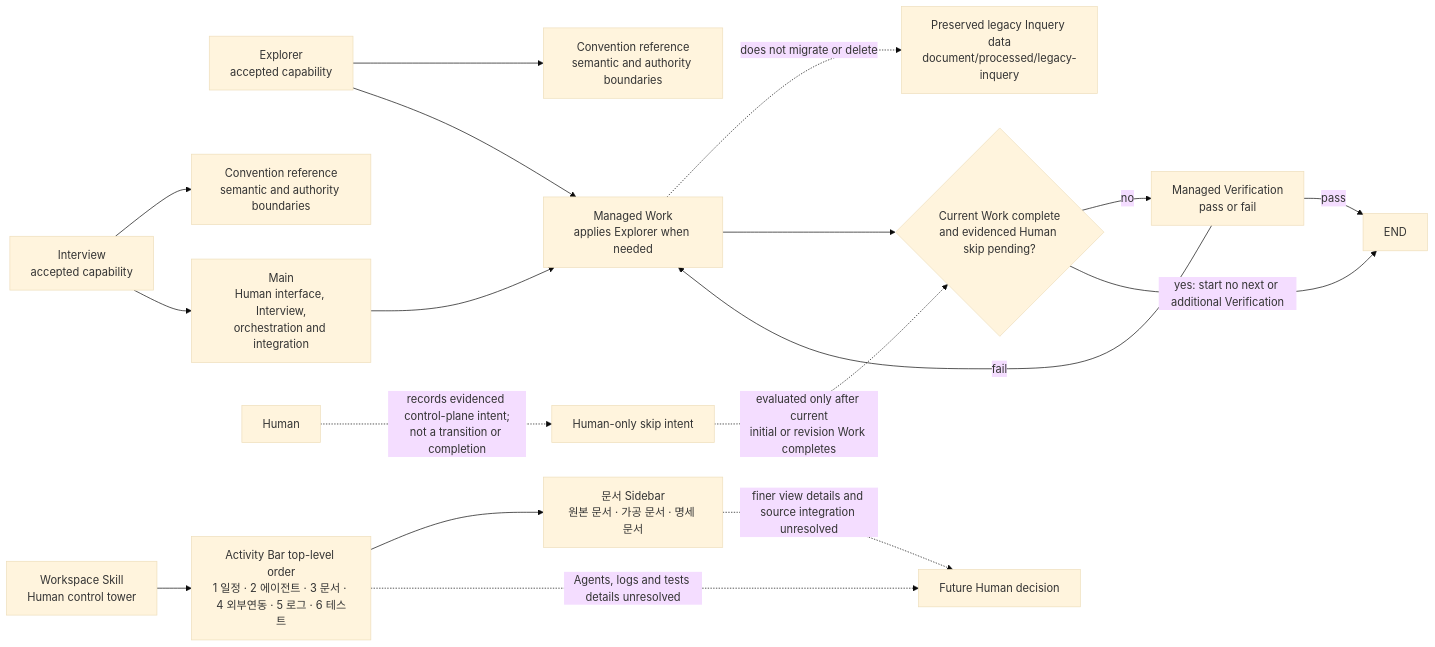
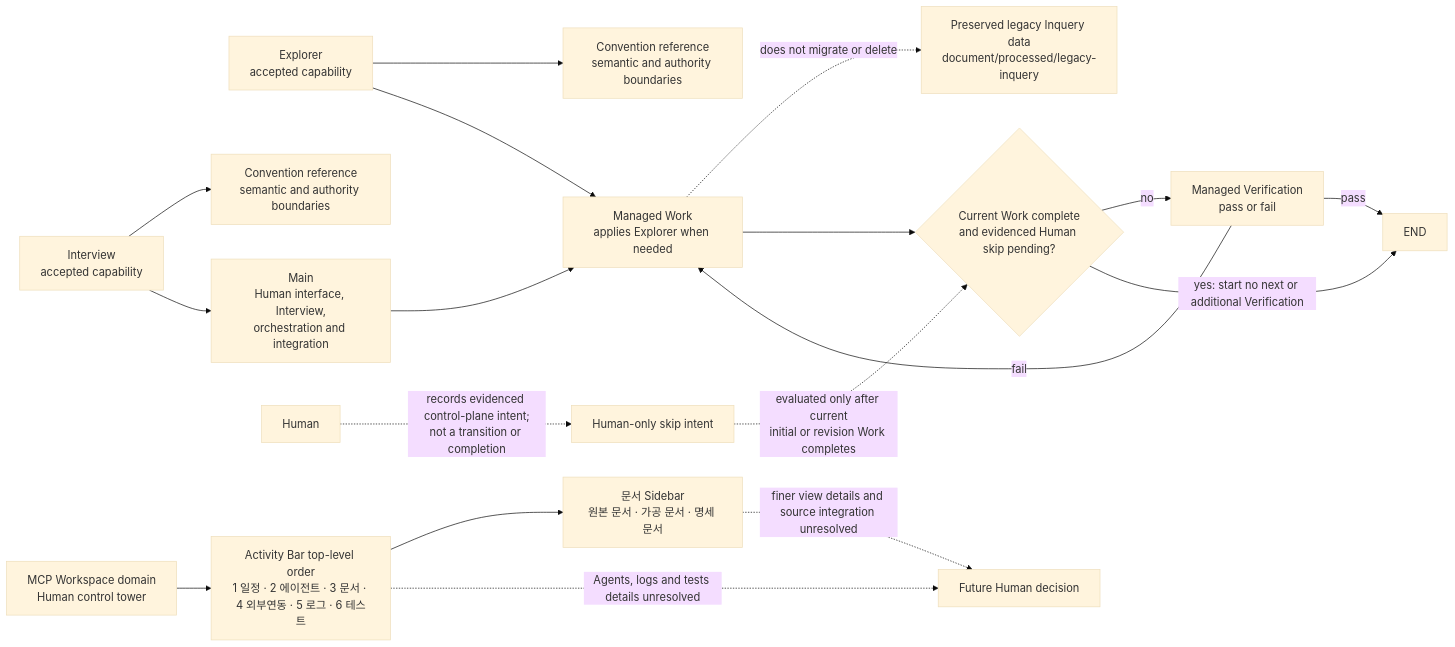
Before and after one commit to KoreanLeeChangHyun/agent-factory-codex-plugin: the fifth of 9 diagrams in skills/convention/references/diagrams.md, drawn with Mermaid (base theme). The commit also changed other lines of this file and 89 other files, not shown here.

Commit message:
refactor: move domain skills to MCP

````diff
--- a/skills/convention/references/diagrams.md
+++ b/skills/convention/references/diagrams.md
@@ -121,31 +117,31 @@
 ```mermaid
 flowchart LR
     accTitle: Current Agent Factory execution relationships
     accDescr: Main delegates Work, Verification returns pass or fail, and evidenced Human skip intent is applied only after current Work completes without starting another Verification.
     Explorer[Explorer<br/>accepted capability]
     ExplorerConvention[Convention reference<br/>semantic and authority boundaries]
     Legacy[Preserved legacy Inquery data<br/>document/processed/legacy-inquery]
     Work[Managed Work<br/>applies Explorer when needed]
     Explorer --> ExplorerConvention
     Explorer --> Work
     Work -. does not migrate or delete .-> Legacy
     Interview[Interview<br/>accepted capability]
     InterviewConvention[Convention reference<br/>semantic and authority boundaries]
     Main[Main<br/>Human interface, Interview,<br/>orchestration and integration]
     Verification[Managed Verification<br/>pass or fail]
     Interview --> InterviewConvention
     Interview --> Main
     Main --> Work
     Work --> SkipDecision{Current Work complete<br/>and evidenced Human skip pending?}
     Human[Human] -. records evidenced control-plane intent;<br/>not a transition or completion .-> SkipIntent[Human-only skip intent]
     SkipIntent -. evaluated only after current<br/>initial or revision Work completes .-> SkipDecision
     SkipDecision -->|no| Verification
     SkipDecision -->|yes: start no next or additional Verification| End
     Verification -->|fail| Work
     Verification -->|pass| End[END]
-    Workspace[Workspace Skill<br/>Human control tower]
+    Workspace[MCP Workspace domain<br/>Human control tower]
     Workspace --> Activities[Activity Bar top-level order<br/>1 일정 · 2 에이전트 · 3 문서 · 4 외부연동 · 5 로그 · 6 테스트]
     Activities --> DocumentSidebar[문서 Sidebar<br/>원본 문서 · 가공 문서 · 명세 문서]
     DocumentSidebar -. finer view details and source integration unresolved .-> HumanDecision[Future Human decision]
     Activities -. Agents, logs and tests details unresolved .-> HumanDecision
 ```
````
